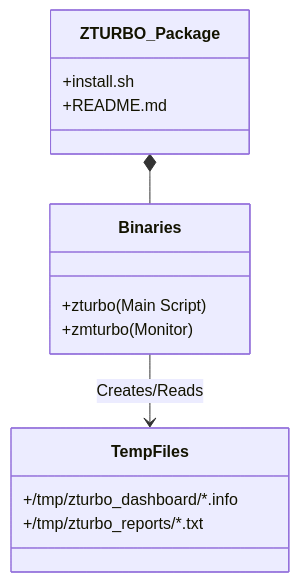
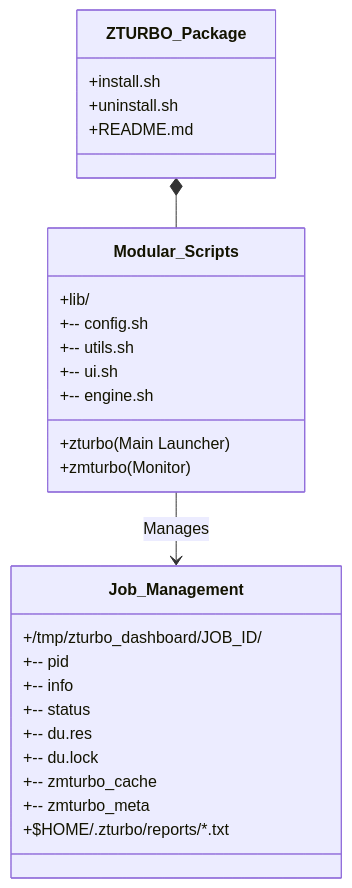
Before and after one commit to ddt-mmt/zturbo: the third of 3 diagrams in ARCHITECTURE.md, drawn with Mermaid. The commit also changed other lines of this file and 3 other files, not shown here.

Commit message:
docs: Update ARCHITECTURE.md, install.sh, uninstall.sh for V1.3.5 Modular & Refined

````diff
--- a/ARCHITECTURE.md
+++ b/ARCHITECTURE.md
@@ -100,20 +86,33 @@
 ```mermaid
 classDiagram
     class ZTURBO_Package {
         +install.sh
+        +uninstall.sh
         +README.md
     }
     
-    class Binaries {
-        +zturbo (Main Script)
+    class Modular_Scripts {
+        +zturbo (Main Launcher)
         +zmturbo (Monitor)
+        +lib/
+        +-- config.sh
+        +-- utils.sh
+        +-- ui.sh
+        +-- engine.sh
     }
     
-    class TempFiles {
-        +/tmp/zturbo_dashboard/*.info
-        +/tmp/zturbo_reports/*.txt
+    class Job_Management {
+        +/tmp/zturbo_dashboard/JOB_ID/
+        +-- pid
+        +-- info
+        +-- status
+        +-- du.res
+        +-- du.lock
+        +-- zmturbo_cache
+        +-- zmturbo_meta
+        +$HOME/.zturbo/reports/*.txt
     }
     
-    ZTURBO_Package *-- Binaries
-    Binaries --> TempFiles : Creates/Reads
+    ZTURBO_Package *-- Modular_Scripts
+    Modular_Scripts --> Job_Management : Manages
 ```
````
